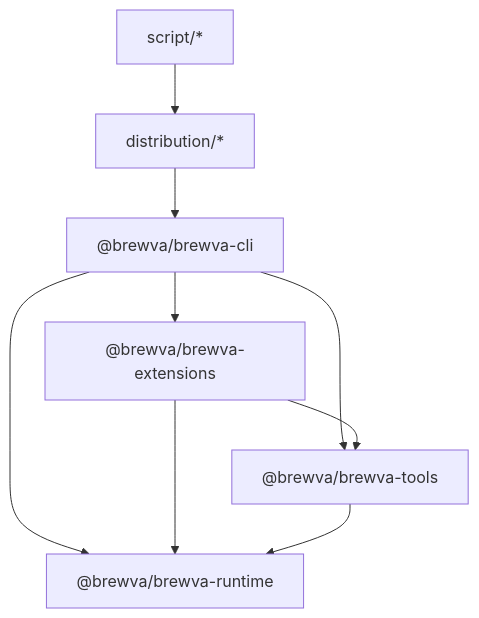
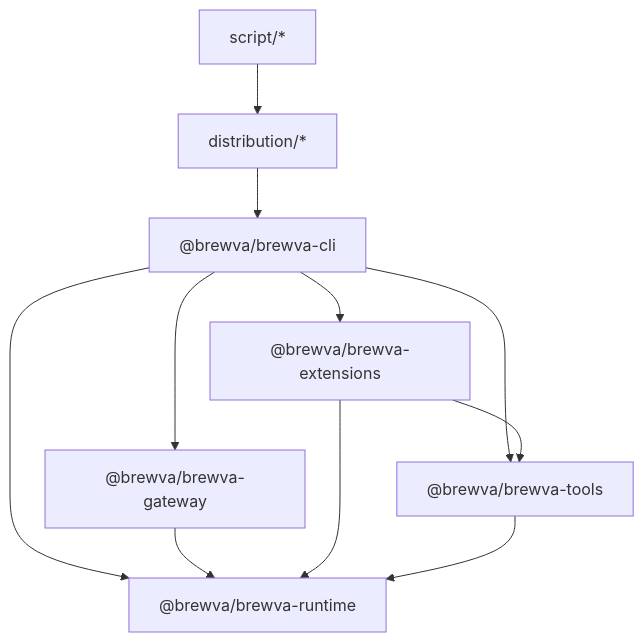
The diagram in docs/architecture/system-architecture.md (arcthur/pi-roaster), drawn with Mermaid before and after one commit. The commit also changed other lines of this file and 46 other files, not shown here.

First line of the commit message:
feat(gateway): add @brewva/brewva-gateway unified protocol layer with local daemon

````diff
--- a/docs/architecture/system-architecture.md
+++ b/docs/architecture/system-architecture.md
@@ -8,18 +8,21 @@
 ```mermaid
 flowchart TD
   CLI["@brewva/brewva-cli"]
+  GTW["@brewva/brewva-gateway"]
   EXT["@brewva/brewva-extensions"]
   TOOLS["@brewva/brewva-tools"]
   RT["@brewva/brewva-runtime"]
   DIST["distribution/*"]
   SCRIPT["script/*"]
 
+  CLI --> GTW
   CLI --> EXT
   CLI --> TOOLS
   CLI --> RT
+  GTW --> RT
   EXT --> TOOLS
   EXT --> RT
   TOOLS --> RT
   DIST --> CLI
   SCRIPT --> DIST
 ```
````
